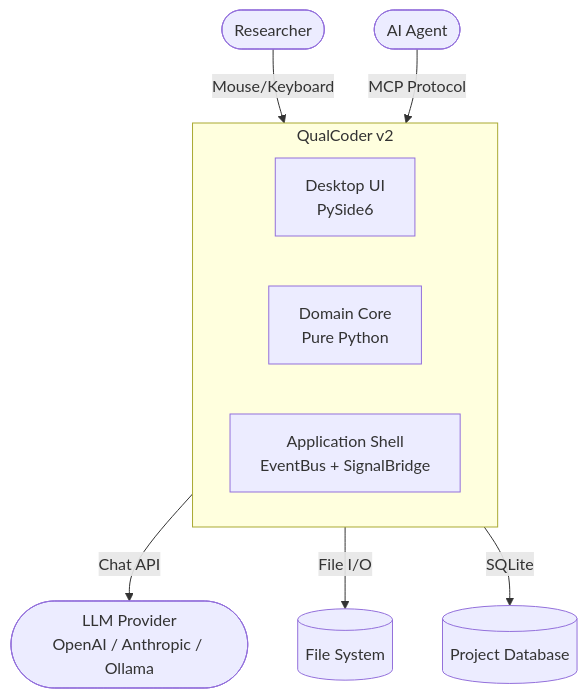
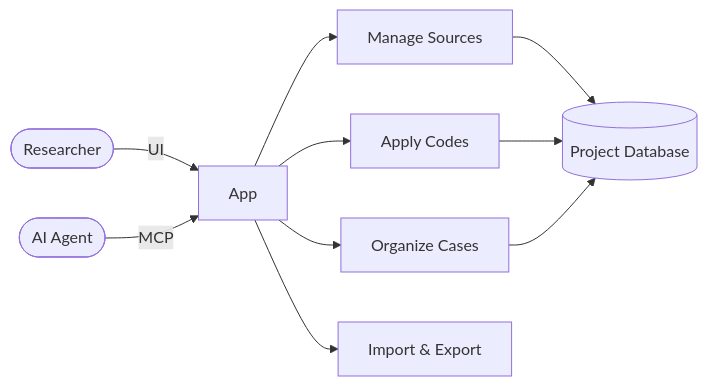
One commit to scope-impact/QualCoder-v2 changed the diagram in docs/index.md. Above: the diagram before and after it, drawn with Mermaid. The commit also changed other lines of this file, not shown here.

````diff
--- a/docs/index.md
+++ b/docs/index.md
@@ -11,15 +87,14 @@
 ```mermaid
-graph TB
-    Researcher([Researcher]) -->|Mouse/Keyboard| QC
-    Agent([AI Agent]) -->|MCP Protocol| QC
+graph LR
+    R([Researcher]) -->|UI| App
+    A([AI Agent]) -->|MCP| App
 
-    subgraph QC[QualCoder v2]
-        UI[Desktop UI<br/>PySide6]
-        Domain[Domain Core<br/>Pure Python]
-        App[Application Shell<br/>EventBus + SignalBridge]
-    end
+    App --> Sources[Manage Sources]
+    App --> Codes[Apply Codes]
+    App --> Cases[Organize Cases]
+    App --> Exchange[Import & Export]
 
-    QC -->|Chat API| LLM([LLM Provider<br/>OpenAI / Anthropic / Ollama])
-    QC -->|File I/O| FS[(File System)]
-    QC -->|SQLite| DB[(Project Database)]
+    Sources --> DB[(Project Database)]
+    Codes --> DB
+    Cases --> DB
 ```
````
